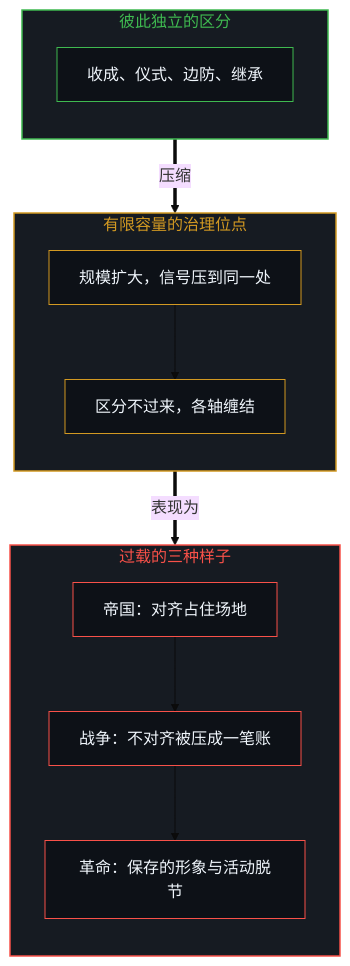
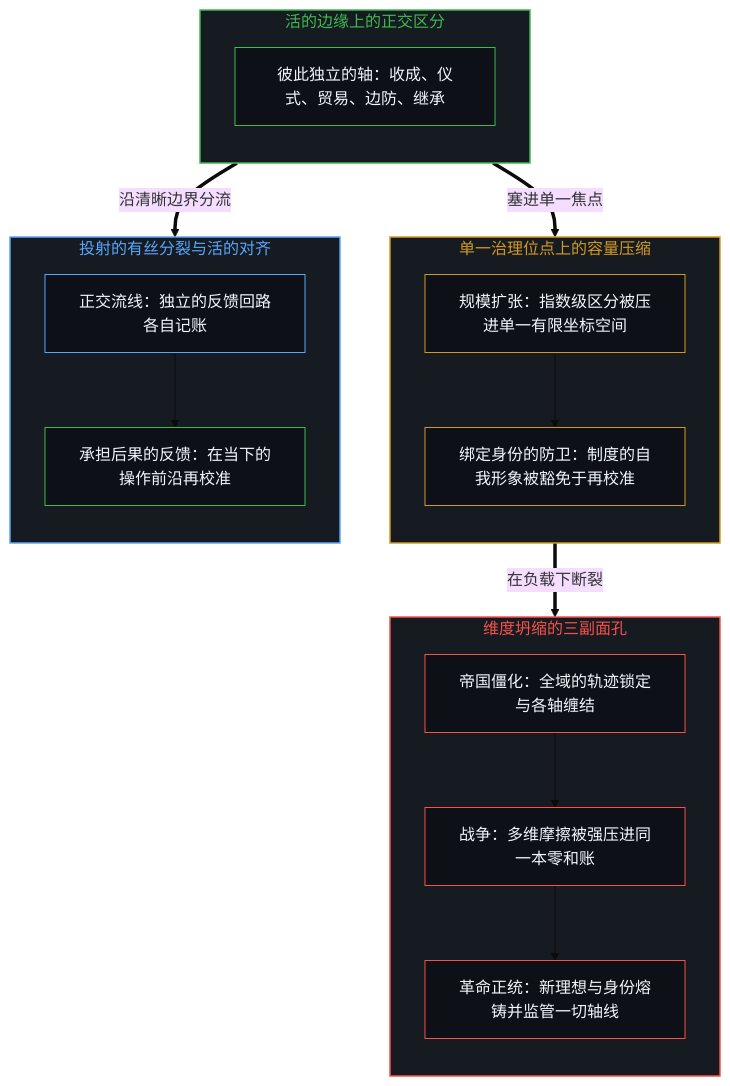
One commit to powerpig99/not-a-toe changed the first of 2 diagrams in content/posts/war-revolution-and-the-fall-of-empires.md. Above: the diagram before and after it, drawn with Mermaid (base theme). The commit also changed other lines of this file and 3 other files, not shown here.

````diff
--- a/content/posts/war-revolution-and-the-fall-of-empires.md
+++ b/content/posts/war-revolution-and-the-fall-of-empires.md
@@ -21,32 +21,41 @@
 ```mermaid
 flowchart TD
-    subgraph S_Axes["彼此独立的区分"]
+    subgraph S_Axes["活的边缘上的正交区分"]
         direction TB
-        A1["收成、仪式、边防、继承"]
+        A1["彼此独立的轴：收成、仪式、贸易、边防、继承"]
     end
-    subgraph S_Locus["有限容量的治理位点"]
+    subgraph S_Locus["单一治理位点上的容量压缩"]
         direction TB
-        L1["规模扩大，信号压到同一处"]
-        L2["区分不过来，各轴缠结"]
+        L1["规模扩张：指数级区分被压进单一有限坐标空间"]
+        L2["绑定身份的防卫：制度的自我形象被豁免于再校准"]
+        L1 --> L2
     end
-    subgraph S_Out["过载的三种样子"]
+    subgraph S_Collapse["维度坍缩的三副面孔"]
         direction TB
-        O1["帝国：对齐占住场地"]
-        O2["战争：不对齐被压成一笔账"]
-        O3["革命：保存的形象与活动脱节"]
+        O1["帝国僵化：全域的轨迹锁定与各轴缠结"]
+        O2["战争：多维摩擦被强压进同一本零和账"]
+        O3["革命正统：新理想与身份熔铸并监管一切轴线"]
+        O1 --> O2 --> O3
     end
-    A1 ==>|"压缩"| L1
-    L1 --> L2
-    L2 ==>|"表现为"| O1
-    O1 --> O2
-    O2 --> O3
+    subgraph S_Open["投射的有丝分裂与活的对齐"]
+        direction TB
+        M1["正交流线：独立的反馈回路各自记账"]
+        M2["承担后果的反馈：在当下的操作前沿再校准"]
+        M1 --> M2
+    end
+    A1 ==>|"塞进单一焦点"| L1
+    L2 ==>|"在负载下断裂"| O1
+    A1 ==>|"沿清晰边界分流"| M1
     style S_Axes fill:#161b22,stroke:#3fb950,stroke-width:1.5px,color:#3fb950
     style S_Locus fill:#161b22,stroke:#d29922,stroke-width:1.5px,color:#d29922
-    style S_Out fill:#161b22,stroke:#f85149,stroke-width:1.5px,color:#f85149
+    style S_Collapse fill:#161b22,stroke:#f85149,stroke-width:1.5px,color:#f85149
+    style S_Open fill:#161b22,stroke:#58a6ff,stroke-width:1.5px,color:#58a6ff
     style A1 fill:#0d1117,stroke:#3fb950,stroke-width:1px,color:#f0f6fc
     style L1 fill:#0d1117,stroke:#d29922,stroke-width:1px,color:#f0f6fc
     style L2 fill:#0d1117,stroke:#d29922,stroke-width:1px,color:#f0f6fc
     style O1 fill:#0d1117,stroke:#f85149,stroke-width:1px,color:#f0f6fc
     style O2 fill:#0d1117,stroke:#f85149,stroke-width:1px,color:#f0f6fc
     style O3 fill:#0d1117,stroke:#f85149,stroke-width:1px,color:#f0f6fc
+    style M1 fill:#0d1117,stroke:#58a6ff,stroke-width:1px,color:#f0f6fc
+    style M2 fill:#0d1117,stroke:#3fb950,stroke-width:1px,color:#f0f6fc
 ```
````
